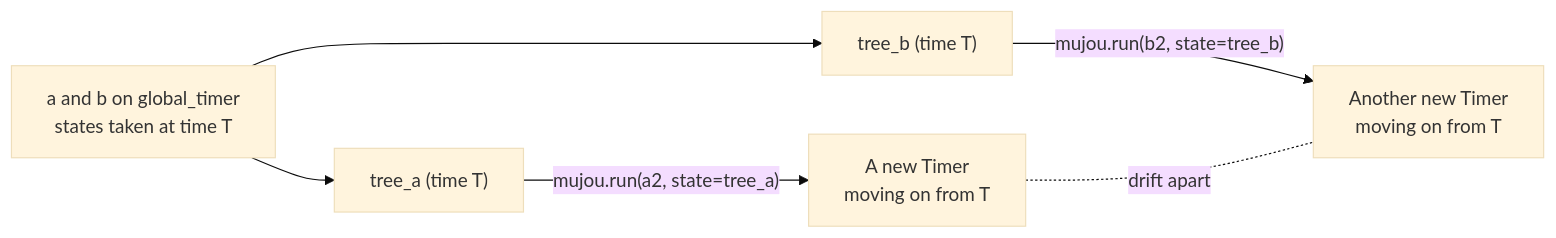
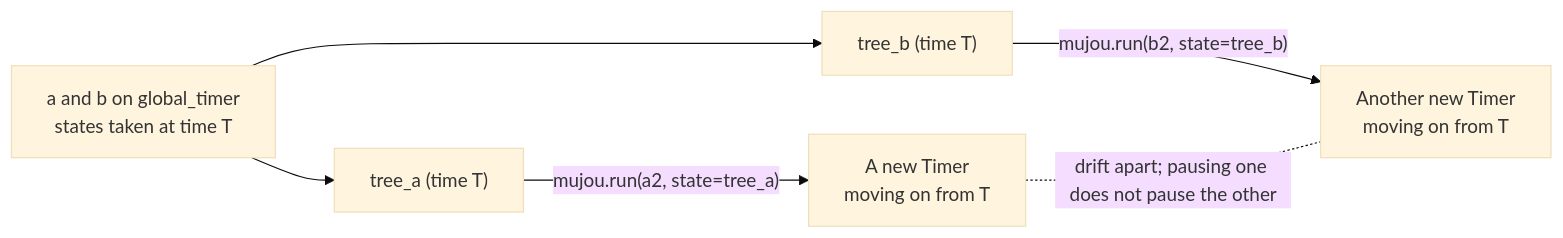
One commit to Geson-anko/mujou changed the second of 2 diagrams in docs/en/topics/time.md. Above: the diagram before and after it, drawn with Mermaid (base theme). The commit also changed other lines of this file and 49 other files, not shown here.

````diff
--- a/docs/en/topics/time.md
+++ b/docs/en/topics/time.md
@@ -222,8 +136,8 @@
 ```mermaid
 flowchart LR
     G["a and b on global_timer<br/>states taken at time T"] --> TA["tree_a (time T)"]
     G --> TB2["tree_b (time T)"]
     TA -->|"mujou.run(a2, state=tree_a)"| RA["A new Timer<br/>moving on from T"]
     TB2 -->|"mujou.run(b2, state=tree_b)"| RB["Another new Timer<br/>moving on from T"]
-    RA -.-|"drift apart"| RB
+    RA -.-|"drift apart; pausing one does not pause the other"| RB
 ```
````
